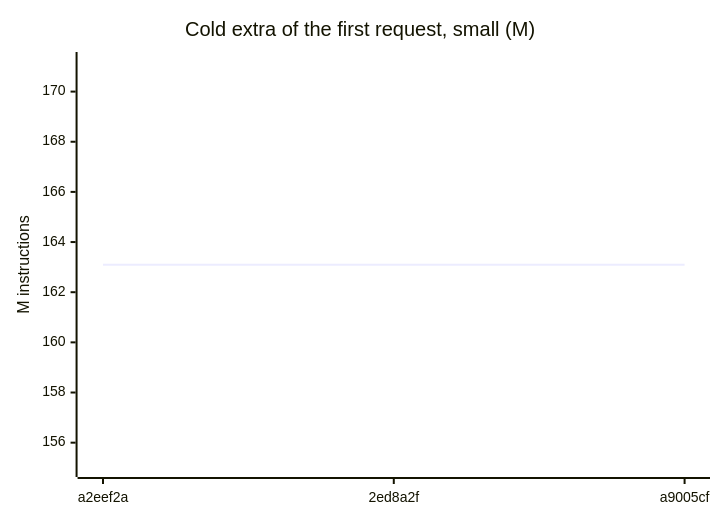
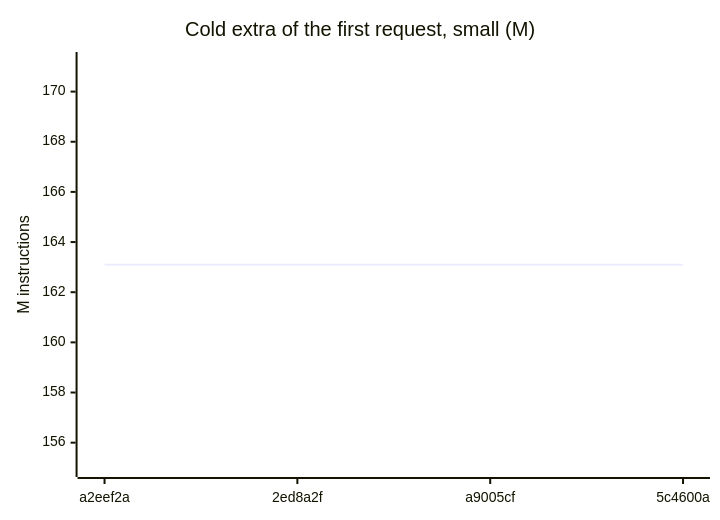
Before and after one commit to Karakatiza666/roc-cloudflare-workers: the second of 7 diagrams in CHART.md, drawn with Mermaid. The commit also changed other lines of this file and 2 other files, not shown here.

````diff
--- a/CHART.md
+++ b/CHART.md
@@ -21,7 +21,7 @@
 ```mermaid
 xychart-beta
     title "Cold extra of the first request, small (M)"
-    x-axis ["a2eef2a", "2ed8a2f", "a9005cf"]
+    x-axis ["a2eef2a", "2ed8a2f", "a9005cf", "5c4600a"]
     y-axis "M instructions" 154.95 --> 171.26
-    line [163.1, 163.1, 163.1]
+    line [163.1, 163.1, 163.1, 163.1]
 ```
````
